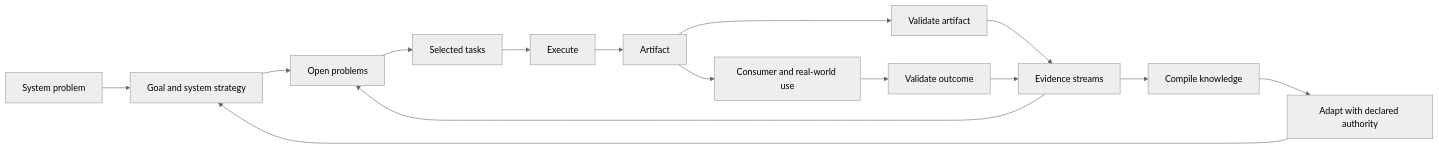
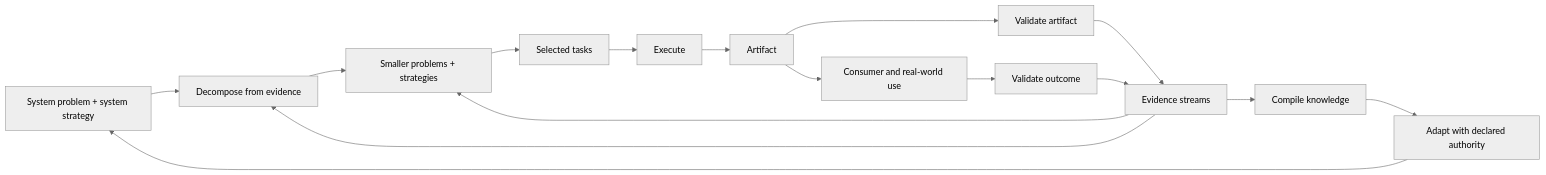
Before and after one commit to flooper68/adaptive-problem-solving-systems: the first of 2 diagrams in framework/README.md, drawn with Mermaid (neutral theme). The commit also changed other lines of this file and 74 other files, not shown here.

````diff
--- a/framework/README.md
+++ b/framework/README.md
@@ -32,17 +32,18 @@
 ```mermaid
 flowchart LR
-    problem["System problem"] --> strategy["Goal and system strategy"]
-    strategy --> openProblems["Open problems"]
+    problem["System problem + system strategy"] --> decompose["Decompose from evidence"]
+    decompose --> openProblems["Smaller problems + strategies"]
     openProblems --> tasks["Selected tasks"]
     tasks --> execute["Execute"]
     execute --> artifact["Artifact"]
     artifact --> artifactValidation["Validate artifact"]
     artifact --> consumer["Consumer and real-world use"]
     consumer --> outcomeValidation["Validate outcome"]
     artifactValidation --> evidence["Evidence streams"]
     outcomeValidation --> evidence
+    evidence --> decompose
     evidence --> openProblems
     evidence --> compile["Compile knowledge"]
     compile --> adapt["Adapt with declared authority"]
-    adapt --> strategy
+    adapt --> problem
 ```
````
